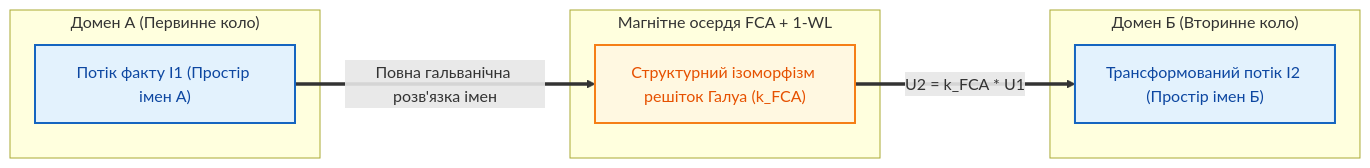
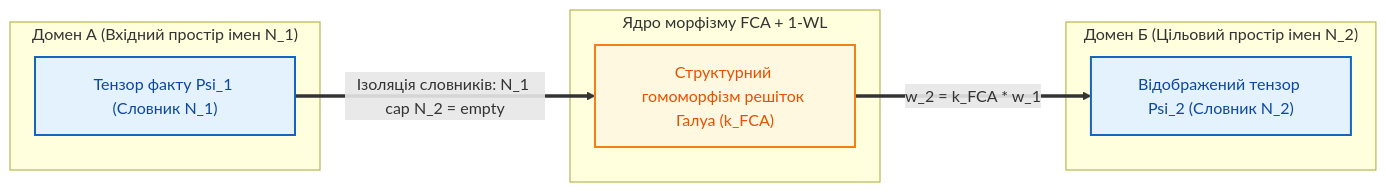
Before and after one commit to nick-fedchik/articles: the diagram in Epistemic_Circuit_Theory/ch05-passive-reactive-and-unique-epistemic-components.md, drawn with Mermaid. The commit also changed other lines of this file and 10 other files, not shown here.

````diff
--- a/Epistemic_Circuit_Theory/ch05-passive-reactive-and-unique-epistemic-components.md
+++ b/Epistemic_Circuit_Theory/ch05-passive-reactive-and-unique-epistemic-components.md
@@ -112,25 +110,25 @@
 ```mermaid
 flowchart LR
-    accTitle: Епістемічний трансформатор з гальванічною розв'язкою імен
-    accDescr: Передача доказової енергії між Доменом А і Доменом Б через структурний ізоморфізм решіток Галуа без змішування просторів імен.
+    accTitle: Рисунок 5.1. Оператор міждоменного морфізму решіток Галуа з ізоляцією просторів імен
+    accDescr: Передача потенціалу достовірності між Доменом А і Доменом Б через структурний гомоморфізм решіток Галуа без перетину локальних словників.
 
-    subgraph DomA ["Домен А (Первинне коло)"]
-        I1["Потік факту I1 (Простір імен А)"]
+    subgraph DomA ["Домен А (Вхідний простір імен N_1)"]
+        I1["Тензор факту Psi_1 (Словник N_1)"]
     end
 
-    subgraph Core ["Магнітне осердя FCA + 1-WL"]
-        ISO["Структурний ізоморфізм решіток Галуа (k_FCA)"]
+    subgraph Core ["Ядро морфізму FCA + 1-WL"]
+        ISO["Структурний гомоморфізм решіток Галуа (k_FCA)"]
     end
 
-    subgraph DomB ["Домен Б (Вторинне коло)"]
-        I2["Трансформований потік I2 (Простір імен Б)"]
+    subgraph DomB ["Домен Б (Цільовий простір імен N_2)"]
+        I2["Відображений тензор Psi_2 (Словник N_2)"]
     end
 
-    I1 ==>|"Повна гальванічна розв'язка імен"| ISO
-    ISO ==>|"U2 = k_FCA * U1"| I2
+    I1 ==>|"Ізоляція словників: N_1 cap N_2 = empty"| ISO
+    ISO ==>|"w_2 = k_FCA * w_1"| I2
 
     classDef domain fill:#e3f2fd,stroke:#1565c0,stroke-width:2px,color:#0d47a1;
     classDef core fill:#fff8e1,stroke:#f57f17,stroke-width:2px,color:#e65100;
     class I1,I2 domain;
     class ISO core;
 ```
````
